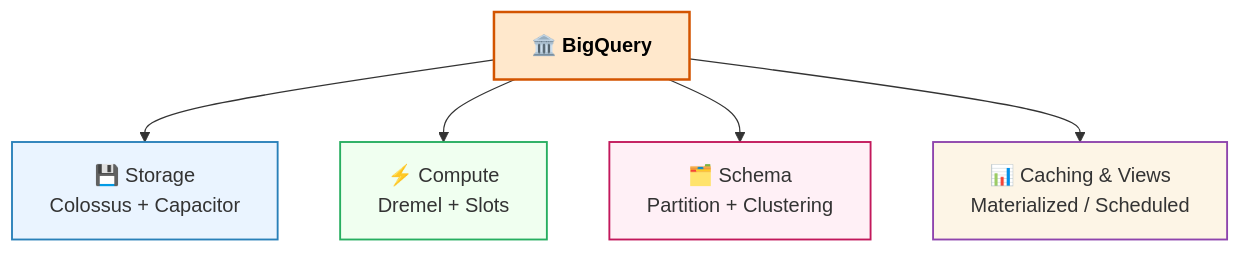
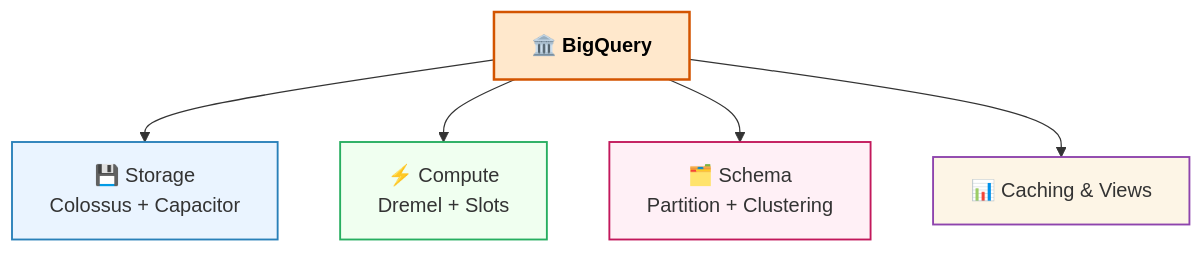
The second of 8 diagrams in GCP-interview.md (blaire101/DE2-AWS-Azure-GCP-2025), drawn with Mermaid before and after one commit. The commit also changed other lines of this file, not shown here.

````diff
--- a/GCP-interview.md
+++ b/GCP-interview.md
@@ -108,24 +68,19 @@
 ```mermaid
 flowchart TB
-    %% ===== Styles =====
     classDef main fill:#ffe8cc,stroke:#d35400,stroke-width:2px,font-weight:bold,color:#000
     classDef storage fill:#eaf4ff,stroke:#2980b9,stroke-width:1.5px
     classDef compute fill:#f0fff0,stroke:#27ae60,stroke-width:1.5px
     classDef schema fill:#fff0f6,stroke:#c2185b,stroke-width:1.5px
     classDef cache fill:#fdf5e6,stroke:#8e44ad,stroke-width:1.5px
 
-    %% ===== Main Node =====
     A[🏛️ BigQuery]:::main
-
-    %% ===== Sub Nodes =====
     B[💾 Storage<br>Colossus + Capacitor]:::storage
     C[⚡ Compute<br>Dremel + Slots]:::compute
     D[🗂️ Schema<br>Partition + Clustering]:::schema
-    E[📊 Caching & Views<br>Materialized / Scheduled]:::cache
+    E[📊 Caching & Views]:::cache
 
-    %% ===== Layout =====
     A --> B
     A --> C
     A --> D
     A --> E
 ```
````
